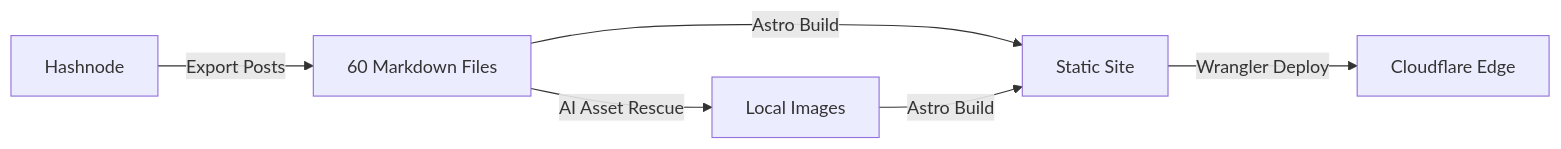
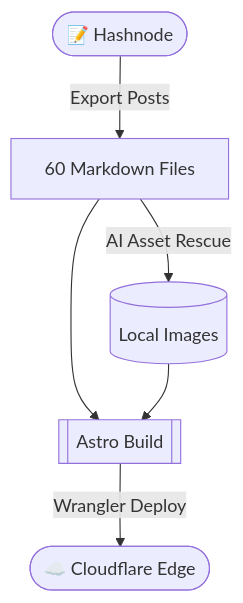
One commit to PatilShreyas/blog.shreyaspatil.dev changed the diagram in src/data/blog/building-my-dream-developer-blog-with-astro-cloudflare-and-ai.md. Above: the diagram before and after it, drawn with Mermaid. The commit also changed other lines of this file and 3 other files, not shown here.

````diff
--- a/src/data/blog/building-my-dream-developer-blog-with-astro-cloudflare-and-ai.md
+++ b/src/data/blog/building-my-dream-developer-blog-with-astro-cloudflare-and-ai.md
@@ -116,7 +137,8 @@
 ```mermaid
-graph LR
-    A[Hashnode] -->|Export Posts| B[60 Markdown Files]
-    B -->|AI Asset Rescue| C[Local Images]
-    B & C -->|Astro Build| D[Static Site]
-    D -->|Wrangler Deploy| E[Cloudflare Edge]
+flowchart TD
+    A([📝 Hashnode]) -->|Export Posts| B[60 Markdown Files]
+    B -->|AI Asset Rescue| C[(Local Images)]
+    B --> D[[Astro Build]]
+    C --> D
+    D -->|Wrangler Deploy| E([☁️ Cloudflare Edge])
 ```
````
